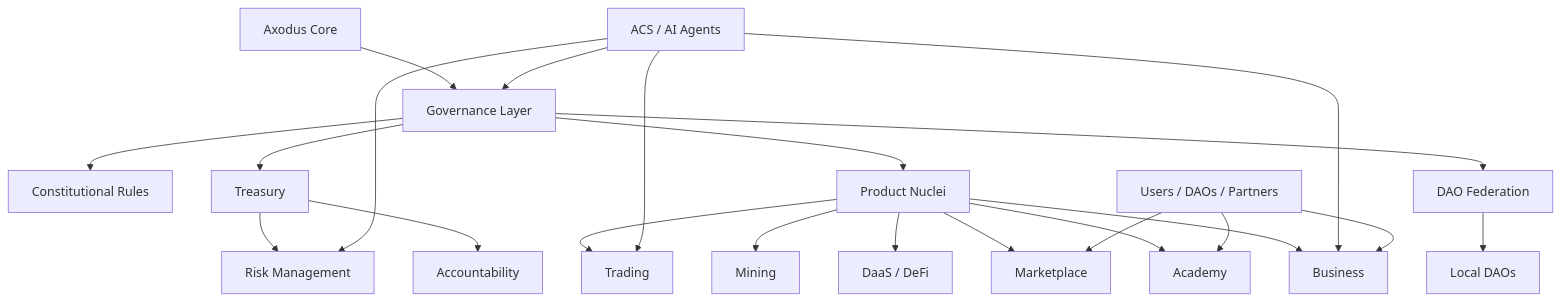
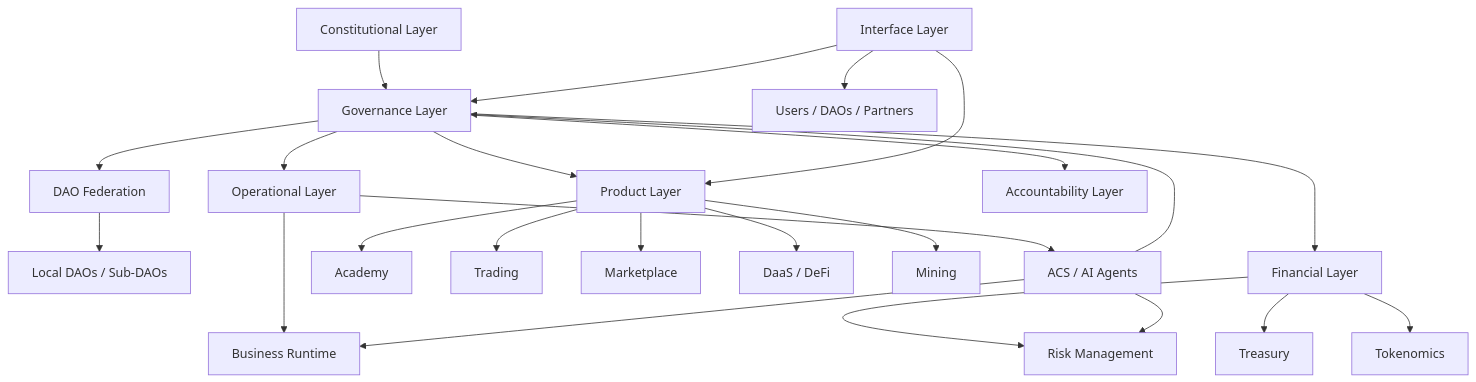
One commit to Axodus/Documentation changed the diagram in ARCHITECTURE.md. Above: the diagram before and after it, drawn with Mermaid. The commit also changed other lines of this file and 10 other files, not shown here.

````diff
--- a/ARCHITECTURE.md
+++ b/ARCHITECTURE.md
@@ -36,24 +52,26 @@
 ```mermaid
 flowchart TD
-    Core[Axodus Core] --> Governance[Governance Layer]
-    Governance --> Constitution[Constitutional Rules]
-    Governance --> DAOs[DAO Federation]
-    DAOs --> LocalDAOs[Local DAOs]
-    Governance --> Products[Product Nuclei]
-    Products --> Business[Business]
+    Constitution[Constitutional Layer] --> Governance[Governance Layer]
+    Governance --> Federation[DAO Federation]
+    Federation --> LocalDAOs[Local DAOs / Sub-DAOs]
+    Governance --> Operational[Operational Layer]
+    Operational --> Business[Business Runtime]
+    Operational --> ACS[ACS / AI Agents]
+    Governance --> Products[Product Layer]
     Products --> Academy[Academy]
     Products --> Trading[Trading]
+    Products --> Marketplace[Marketplace]
     Products --> DeFi[DaaS / DeFi]
     Products --> Mining[Mining]
-    Products --> Marketplace[Marketplace]
-    Governance --> Treasury[Treasury]
-    Treasury --> Risk[Risk Management]
-    Treasury --> Accountability[Accountability]
-    ACS[ACS / AI Agents] --> Governance
+    Governance --> Financial[Financial Layer]
+    Financial --> Treasury[Treasury]
+    Financial --> Tokenomics[Tokenomics]
+    Financial --> Risk[Risk Management]
+    Governance --> Accountability[Accountability Layer]
+    ACS --> Governance
     ACS --> Business
-    ACS --> Trading
     ACS --> Risk
-    Users[Users / DAOs / Partners] --> Business
-    Users --> Academy
-    Users --> Marketplace
+    Interfaces[Interface Layer] --> Users[Users / DAOs / Partners]
+    Interfaces --> Products
+    Interfaces --> Governance
 ```
````
